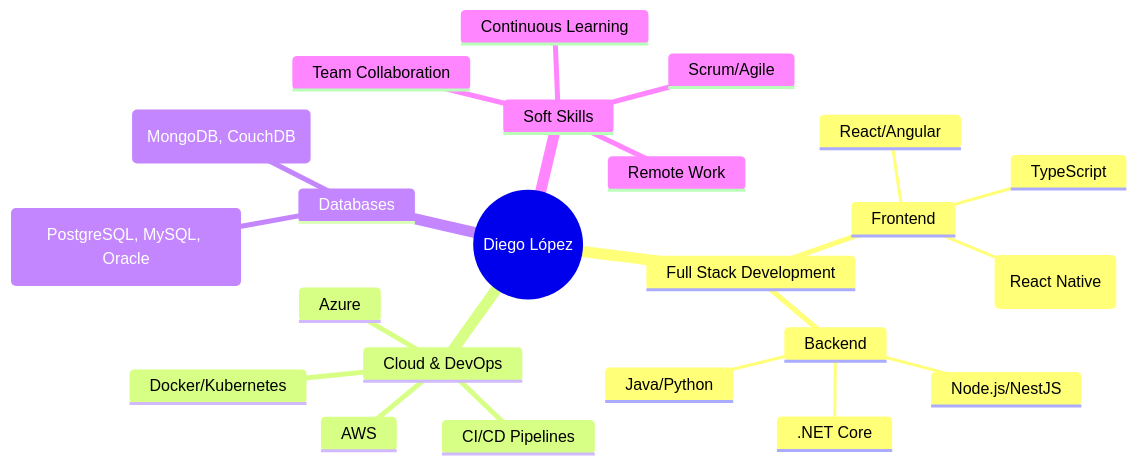
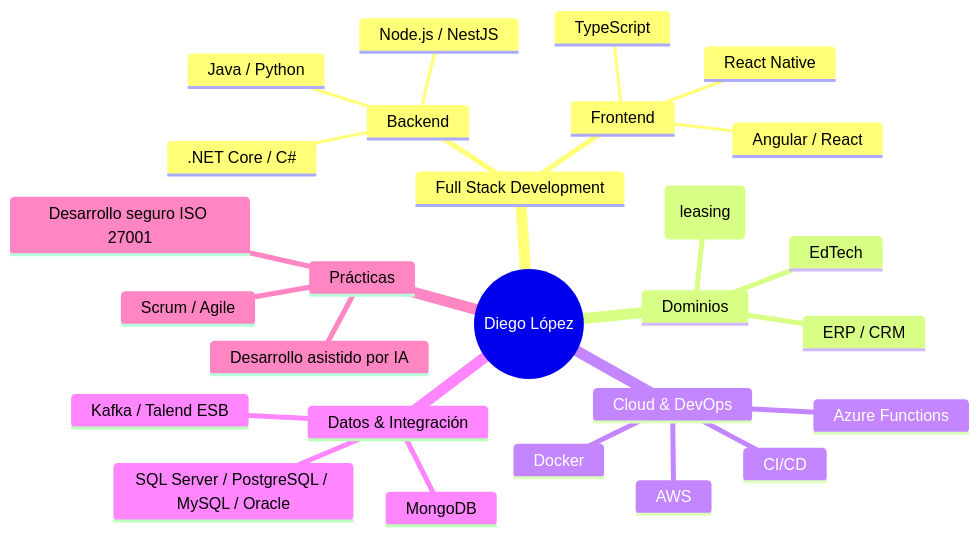
One commit to diplez/diplez changed the diagram in README.md. Above: the diagram before and after it, drawn with Mermaid. The commit also changed other lines of this file, not shown here.

First line of the commit message:
Revise README with updated profile and skills

````diff
--- a/README.md
+++ b/README.md
@@ -158,26 +153,30 @@
 ```mermaid
 mindmap
   root((Diego López))
     Full Stack Development
+      Backend
+        .NET Core / C#
+        Node.js / NestJS
+        Java / Python
       Frontend
-        React/Angular
+        Angular / React
         TypeScript
-        Mobile (React Native)
-      Backend
-        .NET Core
-        Node.js/NestJS
-        Java/Python
+        React Native
+    Dominios
+      Fintech (leasing)
+      EdTech
+      ERP / CRM
     Cloud & DevOps
       AWS
-      Azure
-      Docker/Kubernetes
-      CI/CD Pipelines
-    Databases
-      SQL (PostgreSQL, MySQL, Oracle)
-      NoSQL (MongoDB, CouchDB)
-    Soft Skills
-      Scrum/Agile
-      Remote Work
-      Team Collaboration
-      Continuous Learning
+      Azure Functions
+      Docker
+      CI/CD
+    Datos & Integración
+      SQL Server / PostgreSQL / MySQL / Oracle
+      MongoDB
+      Kafka / Talend ESB
+    Prácticas
+      Scrum / Agile
+      Desarrollo seguro ISO 27001
+      Desarrollo asistido por IA
 ```
````
